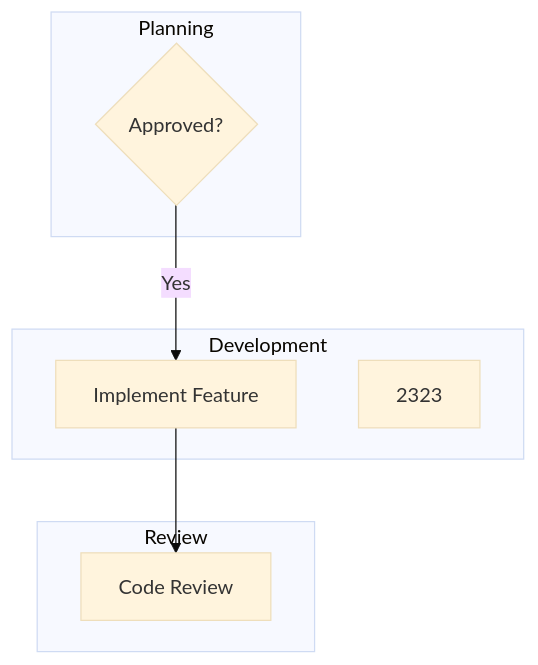
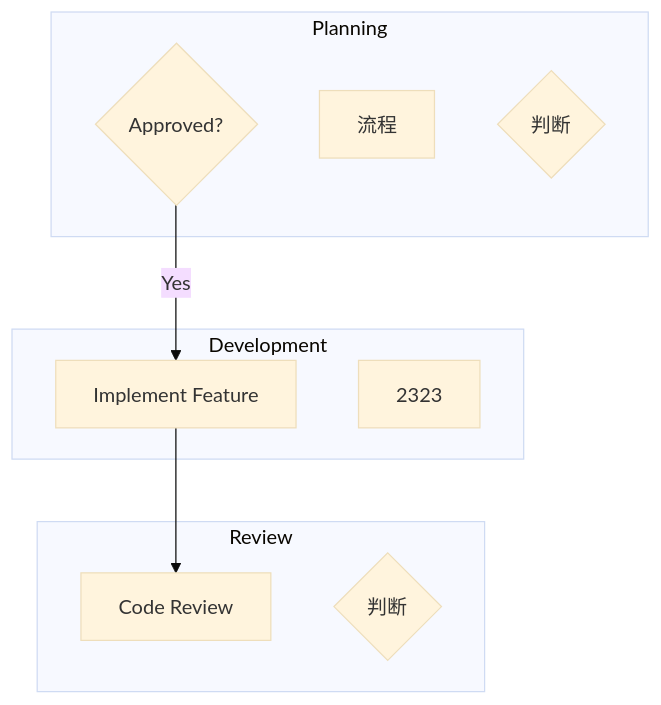
Before and after one commit to pingpm/mermaid_vault: the diagram in mmd/test_84b92440-cb4f-4cf1-a801-4a0af98297f6.mmd, drawn with Mermaid (base theme). The commit also changed 2 other files, not shown here.

Commit message:
Sync Mermaid Studio data (11 diagrams)

```diff
--- a/mmd/test_84b92440-cb4f-4cf1-a801-4a0af98297f6.mmd
+++ b/mmd/test_84b92440-cb4f-4cf1-a801-4a0af98297f6.mmd
@@ -1,13 +1,16 @@
 graph TD
   subgraph lane_lane_1["Planning"]
     t_task_2{"Approved?"}
+    t_63b38faf_9a2c_4bd3_9c0a_ab4525720b3c["流程"]
+    t_dcef83d3_0f40_451d_b3bb_10442a111ad1{"判断"}
   end
   subgraph lane_lane_3["Review"]
     t_task_4["Code Review"]
+    t_bf6f4bc2_cab5_41eb_8ec1_7033c6f98066{"判断"}
   end
   subgraph lane_lane_2["Development"]
     t_task_3["Implement Feature"]
     t_43b12910_5a3e_485e_8185_afcefd1cbb3b["2323"]
   end
   t_task_2 -->|"Yes"| t_task_3
   t_task_3 --> t_task_4
```
